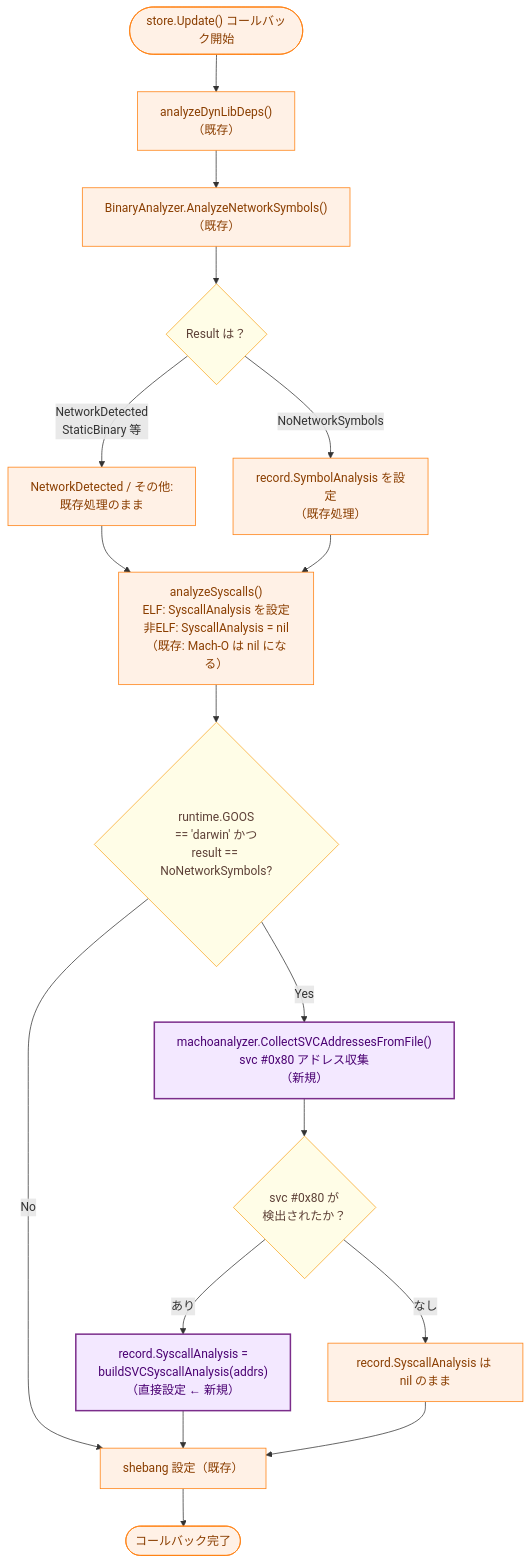
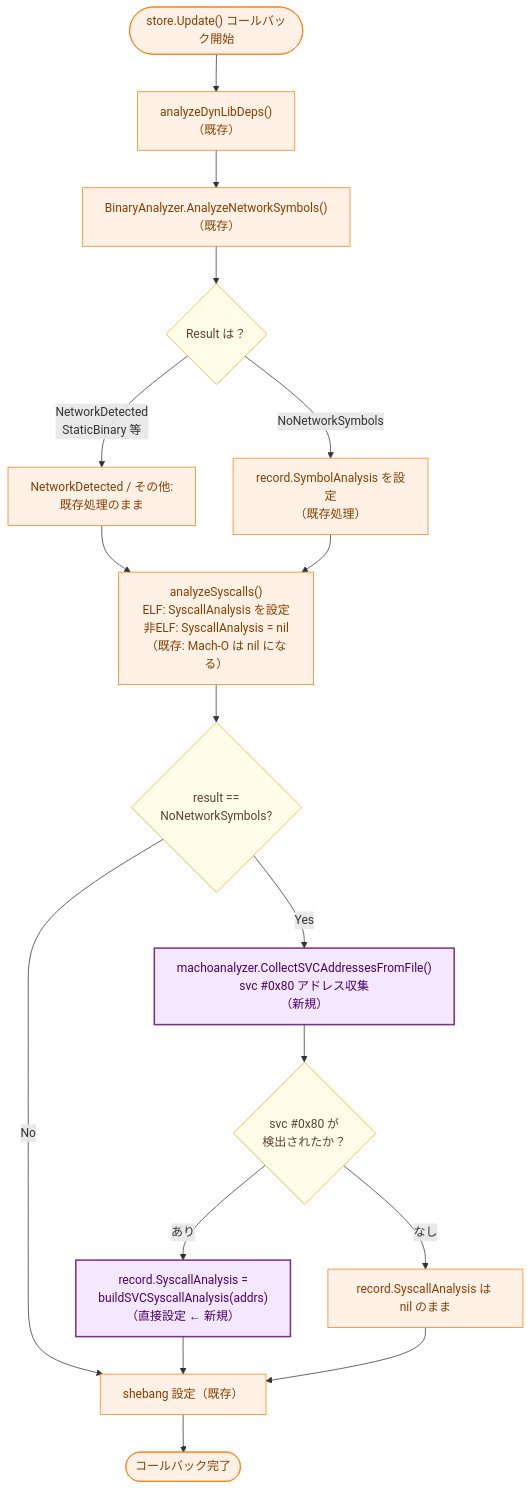
Before and after one commit to isseis/go-safe-cmd-runner: the fifth of 8 diagrams in docs/tasks/0097_macho_arm64_syscall_analysis/02_architecture.md, drawn with Mermaid. The commit also changed other lines of this file and 2 other files, not shown here.

````diff
--- a/docs/tasks/0097_macho_arm64_syscall_analysis/02_architecture.md
+++ b/docs/tasks/0097_macho_arm64_syscall_analysis/02_architecture.md
@@ -211,45 +211,45 @@
 ```mermaid
 flowchart TD
     classDef data fill:#e6f7ff,stroke:#1f77b4,stroke-width:1px,color:#0b3d91;
     classDef process fill:#fff1e6,stroke:#ff7f0e,stroke-width:1px,color:#8a3e00;
     classDef enhanced fill:#e8f5e8,stroke:#2e8b57,stroke-width:2px,color:#006400;
     classDef new fill:#f3e8ff,stroke:#7b2d8b,stroke-width:2px,color:#4a0072;
     classDef decision fill:#fffde7,stroke:#f9a825,stroke-width:1px,color:#5d4037;
 
     START(["store.Update() コールバック開始"])
     DYNLIB["analyzeDynLibDeps()<br>（既存）"]
     ANALYZE["BinaryAnalyzer.AnalyzeNetworkSymbols()<br>（既存）"]
     CHECK_RESULT{"Result は？"}
     SAVE_SYMBOL["record.SymbolAnalysis を設定<br>（既存処理）"]
     ANALYZE_SYS["analyzeSyscalls()<br>ELF: SyscallAnalysis を設定<br>非ELF: SyscallAnalysis = nil<br>（既存: Mach-O は nil になる）"]
-    CHECK_DARWIN{"runtime.GOOS<br>== 'darwin' かつ<br>result == NoNetworkSymbols?"}
+    CHECK_NOSVC{"result ==<br>NoNetworkSymbols?"}
     SVC_SCAN["machoanalyzer.CollectSVCAddressesFromFile()<br>svc #0x80 アドレス収集<br>（新規）"]
     CHECK_SVC{"svc #0x80 が<br>検出されたか？"}
     SET_SVC["record.SyscallAnalysis =<br>buildSVCSyscallAnalysis(addrs)<br>（直接設定 ← 新規）"]
     SKIP_SVC["record.SyscallAnalysis は nil のまま"]
     NETWORK_DETECTED["NetworkDetected / その他:<br>既存処理のまま"]
     SHEBANG["shebang 設定（既存）"]
     END(["コールバック完了"])
 
     START --> DYNLIB --> ANALYZE
     ANALYZE --> CHECK_RESULT
     CHECK_RESULT -->|"NetworkDetected<br>StaticBinary 等"| NETWORK_DETECTED
     CHECK_RESULT -->|"NoNetworkSymbols"| SAVE_SYMBOL
     NETWORK_DETECTED --> ANALYZE_SYS
     SAVE_SYMBOL --> ANALYZE_SYS
-    ANALYZE_SYS --> CHECK_DARWIN
-    CHECK_DARWIN -->|"Yes"| SVC_SCAN
-    CHECK_DARWIN -->|"No"| SHEBANG
+    ANALYZE_SYS --> CHECK_NOSVC
+    CHECK_NOSVC -->|"Yes"| SVC_SCAN
+    CHECK_NOSVC -->|"No"| SHEBANG
     SVC_SCAN --> CHECK_SVC
     CHECK_SVC -->|"あり"| SET_SVC
     CHECK_SVC -->|"なし"| SKIP_SVC
     SET_SVC --> SHEBANG
     SKIP_SVC --> SHEBANG
     SHEBANG --> END
 
     class START,END,DYNLIB,SHEBANG process;
     class ANALYZE,SAVE_SYMBOL,NETWORK_DETECTED,ANALYZE_SYS process;
-    class CHECK_RESULT,CHECK_DARWIN,CHECK_SVC decision;
+    class CHECK_RESULT,CHECK_NOSVC,CHECK_SVC decision;
     class SVC_SCAN,SET_SVC new;
     class SKIP_SVC process;
 ```
````
